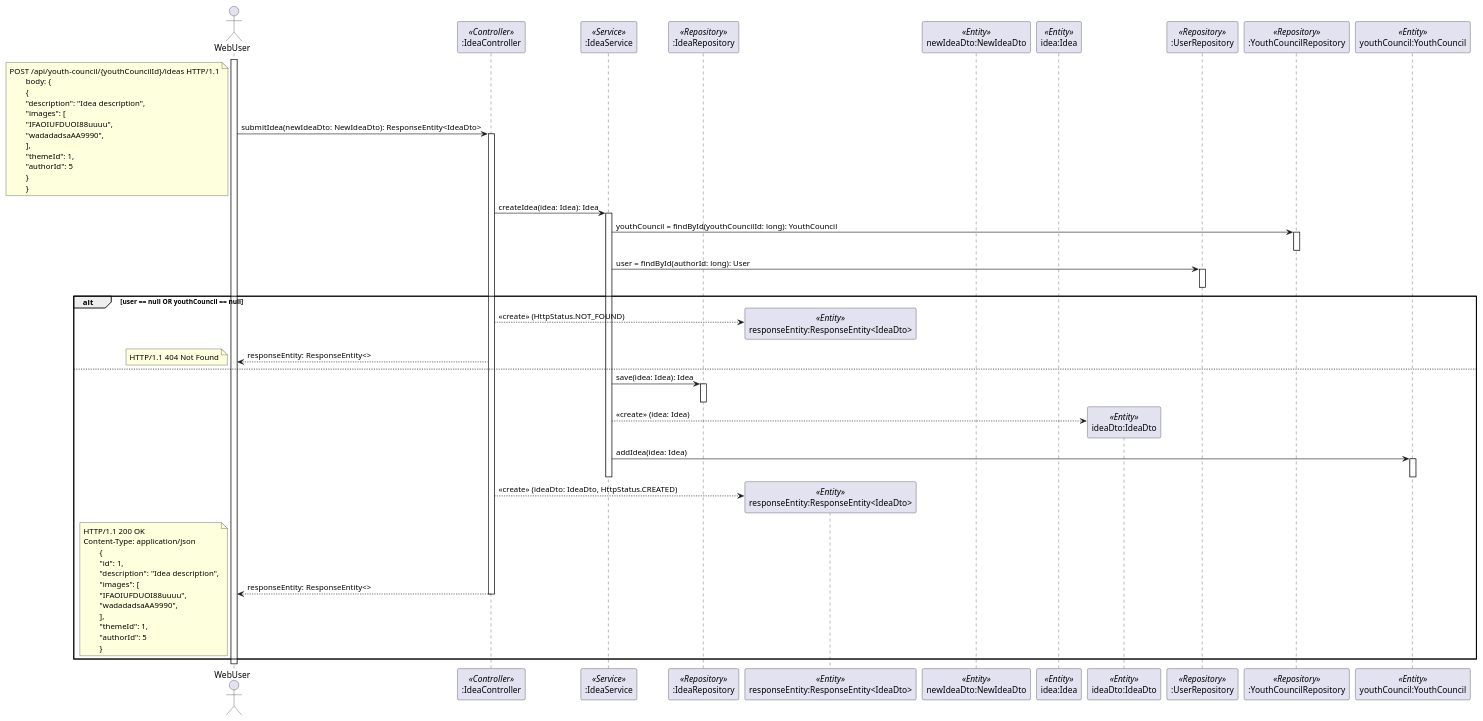
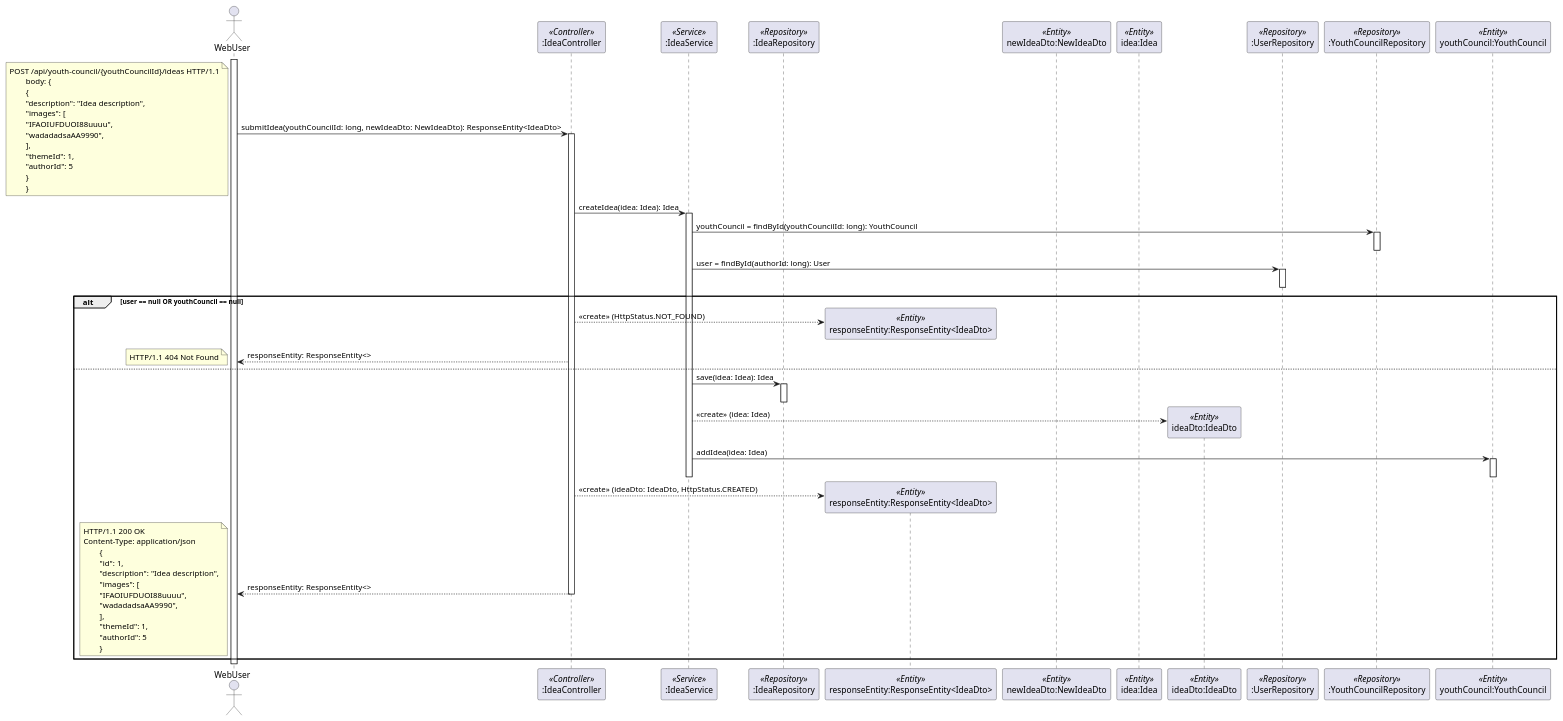
Before and after one commit to pashioya/youth-council: the diagram in diagrams/SequenceDiagram_submitIdea.puml, drawn with PlantUML. The commit also changed 75 other files, not shown here.

```diff
--- a/diagrams/SequenceDiagram_submitIdea.puml
+++ b/diagrams/SequenceDiagram_submitIdea.puml
@@ -2,78 +2,78 @@
 @startuml
 
 Actor WebUser
 participant ":IdeaController" as IdeaController <<Controller>>
 participant ":IdeaService" as IdeaService <<Service>>
 participant ":IdeaRepository" as IdeaRepository <<Repository>>
 participant "responseEntity:ResponseEntity<IdeaDto>" as ResponseEntity <<Entity>>
 participant "newIdeaDto:NewIdeaDto" as NewIdeaDto <<Entity>>
 participant "idea:Idea" as Idea <<Entity>>
 participant "ideaDto:IdeaDto" as IdeaDto <<Entity>>
 participant ":UserRepository" as UserRepository <<Repository>>
 participant ":YouthCouncilRepository" as YouthCouncilRepository <<Repository>>
 participant "youthCouncil:YouthCouncil" as YouthCouncil <<Entity>>
 
 
 activate WebUser
-WebUser -> IdeaController : submitIdea(newIdeaDto: NewIdeaDto): ResponseEntity<IdeaDto>
+WebUser -> IdeaController : submitIdea(youthCouncilId: long, newIdeaDto: NewIdeaDto): ResponseEntity<IdeaDto>
 note left
 POST /api/youth-council/{youthCouncilId}/ideas HTTP/1.1
         body: {
         {
         "description": "Idea description",
         "images": [
         "IFAOIUFDUOI88uuuu",
         "wadadadsaAA9990",
         ],
         "themeId": 1,
         "authorId": 5
         }
         }
 end note
 activate IdeaController
 IdeaController -> IdeaService : createIdea(idea: Idea): Idea
 activate IdeaService
 IdeaService -> YouthCouncilRepository : youthCouncil = findById(youthCouncilId: long): YouthCouncil
 activate YouthCouncilRepository
 deactivate YouthCouncilRepository
 IdeaService -> UserRepository : user = findById(authorId: long): User
 activate UserRepository
 deactivate UserRepository
 alt user == null OR youthCouncil == null
 create ResponseEntity
 IdeaController --> ResponseEntity: <<create>> (HttpStatus.NOT_FOUND)
 IdeaController --> WebUser : responseEntity: ResponseEntity<>
 note left
 HTTP/1.1 404 Not Found
 end note
 else
 IdeaService -> IdeaRepository : save(idea: Idea): Idea
 activate IdeaRepository
 deactivate IdeaRepository
 create IdeaDto
 IdeaService --> IdeaDto: <<create>> (idea: Idea)
 IdeaService -> YouthCouncil : addIdea(idea: Idea)
 activate YouthCouncil
 deactivate YouthCouncil
 deactivate IdeaService
 create ResponseEntity
 IdeaController --> ResponseEntity: <<create>> (ideaDto: IdeaDto, HttpStatus.CREATED)
 IdeaController --> WebUser : responseEntity: ResponseEntity<>
 deactivate IdeaController
 note left
 HTTP/1.1 200 OK
 Content-Type: application/json
         {
         "id": 1,
         "description": "Idea description",
         "images": [
         "IFAOIUFDUOI88uuuu",
         "wadadadsaAA9990",
         ],
         "themeId": 1,
         "authorId": 5
         }
     end note
 end
 
 @enduml
```
